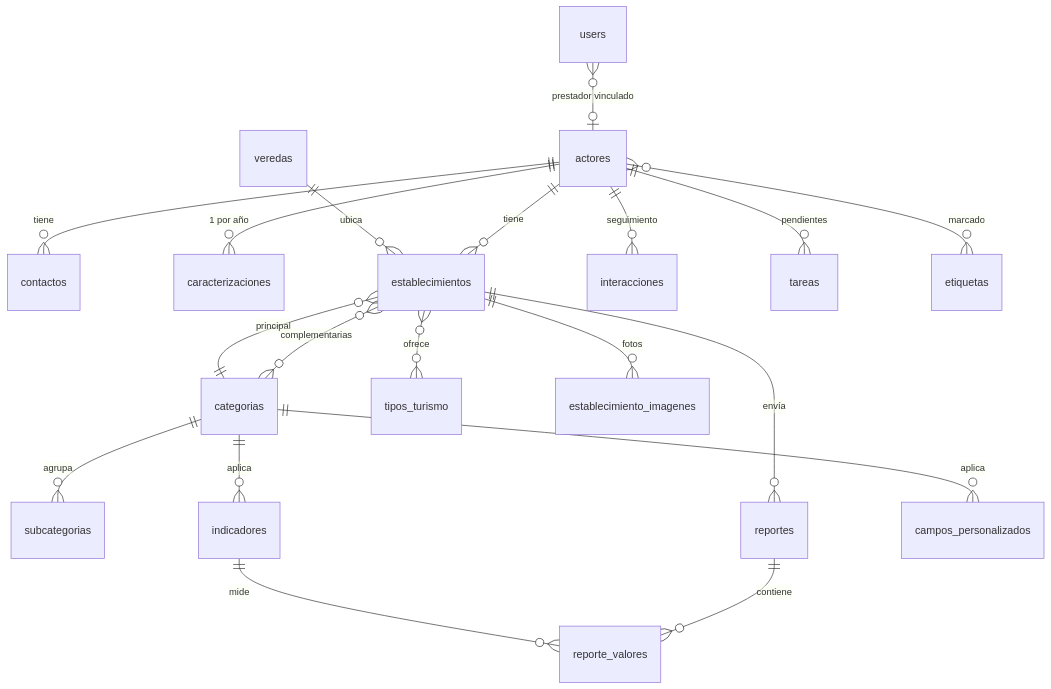
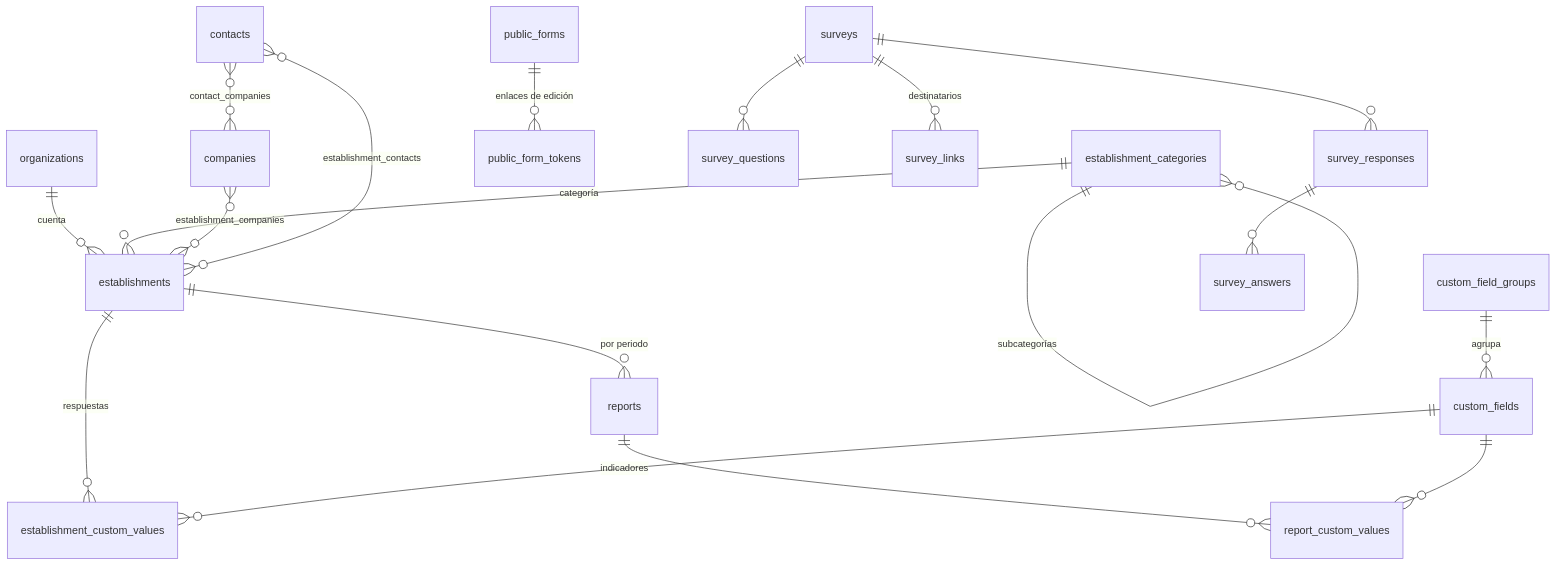
One commit to Dreinova/situr-docs changed the second of 2 diagrams in docs/tecnico/arquitectura.md. Above: the diagram before and after it, drawn with Mermaid. The commit also changed other lines of this file and 25 other files, not shown here.

````diff
--- a/docs/tecnico/arquitectura.md
+++ b/docs/tecnico/arquitectura.md
@@ -38,21 +67,20 @@
 ```mermaid
 erDiagram
-    users }o--o| actores : "prestador vinculado"
-    actores ||--o{ contactos : tiene
-    actores ||--o{ caracterizaciones : "1 por año"
-    actores ||--o{ establecimientos : tiene
-    actores ||--o{ interacciones : seguimiento
-    actores ||--o{ tareas : pendientes
-    actores }o--o{ etiquetas : marcado
-    categorias ||--o{ subcategorias : agrupa
-    categorias ||--o{ establecimientos : principal
-    establecimientos }o--o{ categorias : complementarias
-    establecimientos }o--o{ tipos_turismo : ofrece
-    veredas ||--o{ establecimientos : ubica
-    establecimientos ||--o{ establecimiento_imagenes : fotos
-    establecimientos ||--o{ reportes : envía
-    reportes ||--o{ reporte_valores : contiene
-    indicadores ||--o{ reporte_valores : mide
-    categorias ||--o{ indicadores : aplica
-    categorias ||--o{ campos_personalizados : aplica
+    organizations ||--o{ establishments : "cuenta"
+    establishment_categories ||--o{ establishment_categories : "subcategorías"
+    establishment_categories ||--o{ establishments : "categoría"
+    companies }o--o{ establishments : "establishment_companies"
+    contacts }o--o{ establishments : "establishment_contacts"
+    contacts }o--o{ companies : "contact_companies"
+    establishments ||--o{ establishment_custom_values : "respuestas"
+    establishments ||--o{ reports : "por periodo"
+    reports ||--o{ report_custom_values : "indicadores"
+    custom_fields ||--o{ establishment_custom_values : ""
+    custom_fields ||--o{ report_custom_values : ""
+    custom_field_groups ||--o{ custom_fields : "agrupa"
+    public_forms ||--o{ public_form_tokens : "enlaces de edición"
+    surveys ||--o{ survey_questions : ""
+    surveys ||--o{ survey_links : "destinatarios"
+    surveys ||--o{ survey_responses : ""
+    survey_responses ||--o{ survey_answers : ""
 ```
````
